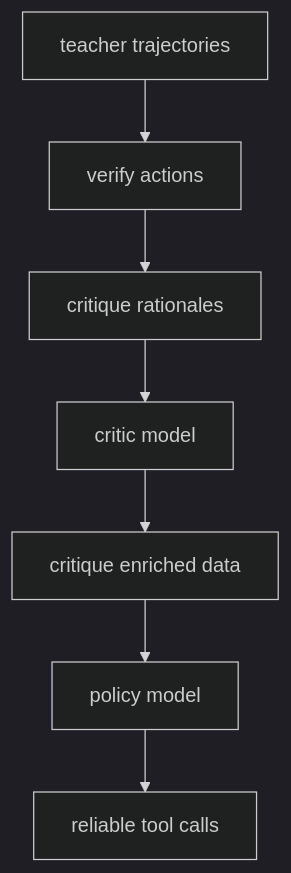
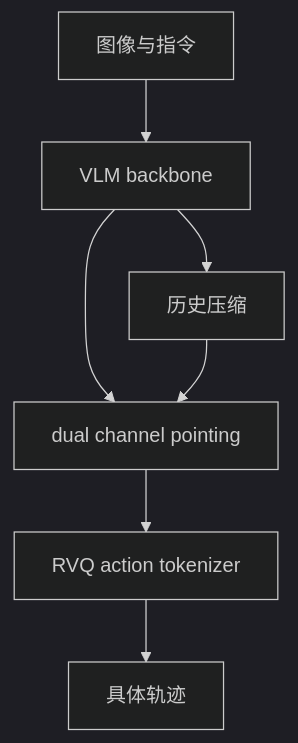
Before and after one commit to Solvement/jarvis-digest: the sixth of 18 diagrams in digests/2026-09-02.md, drawn with Mermaid (dark theme). The commit also changed other lines of this file and 4 other files, not shown here.

````diff
--- a/digests/2026-09-02.md
+++ b/digests/2026-09-02.md
@@ -170,9 +168,9 @@
 ```mermaid
 graph TD
-A[teacher trajectories] --> B[verify actions]
-B --> C[critique rationales]
-C --> D[critic model]
-D --> E[critique enriched data]
-E --> F[policy model]
-F --> G[reliable tool calls]
+A[图像与指令] --> B[VLM backbone]
+B --> C[dual channel pointing]
+C --> D[RVQ action tokenizer]
+D --> E[具体轨迹]
+B --> F[历史压缩]
+F --> C
 ```
````
